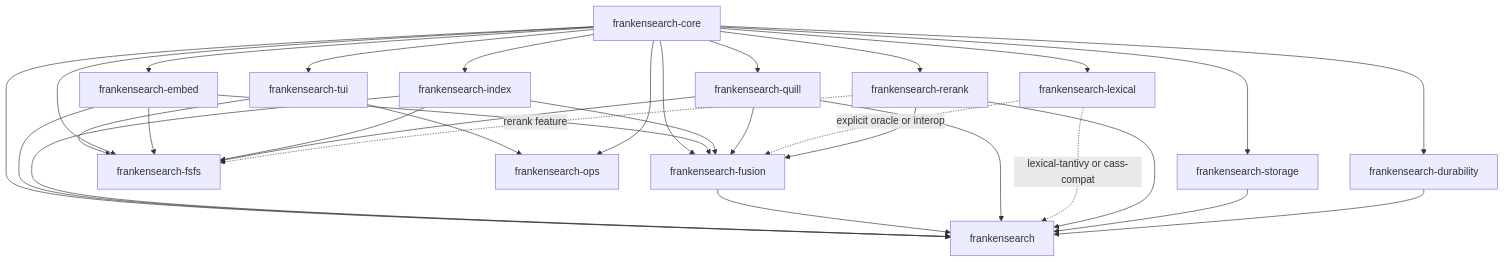
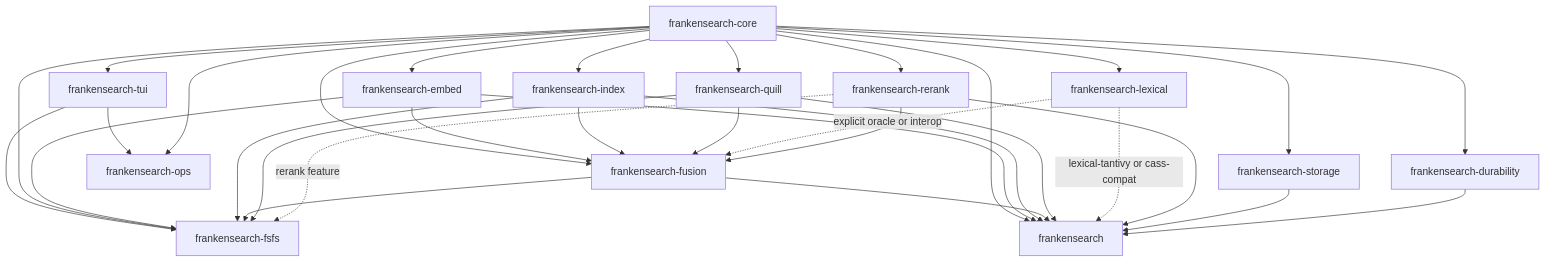
Before and after one commit to Dicklesworthstone/frankensearch: the first of 2 diagrams in docs/architecture.md, drawn with Mermaid. The commit also changed other lines of this file and 6 other files, not shown here.

First line of the commit message:
docs: quality_timeout_ms, fusion-on-fsfs, and non-preemptible ONNX

````diff
--- a/docs/architecture.md
+++ b/docs/architecture.md
@@ -48,51 +48,52 @@
 ```mermaid
 graph TD
   core[frankensearch-core]
   embed[frankensearch-embed]
   index[frankensearch-index]
   quill[frankensearch-quill]
   lexical[frankensearch-lexical]
   fusion[frankensearch-fusion]
   rerank[frankensearch-rerank]
   storage[frankensearch-storage]
   durability[frankensearch-durability]
   tui[frankensearch-tui]
   fsfs[frankensearch-fsfs]
   ops[frankensearch-ops]
   facade[frankensearch]
 
   core --> embed
   core --> index
   core --> quill
   core --> lexical
   core --> fusion
   core --> rerank
   core --> storage
   core --> durability
   core --> tui
 
   embed --> fusion
   index --> fusion
   quill --> fusion
   lexical -. explicit oracle or interop .-> fusion
   rerank --> fusion
 
   core --> facade
   embed --> facade
   index --> facade
   fusion --> facade
   quill --> facade
   lexical -. lexical-tantivy or cass-compat .-> facade
   rerank --> facade
   storage --> facade
   durability --> facade
 
   tui --> fsfs
   core --> fsfs
   embed --> fsfs
   index --> fsfs
+  fusion --> fsfs
   quill --> fsfs
   rerank -. rerank feature .-> fsfs
   tui --> ops
   core --> ops
 ```
````
